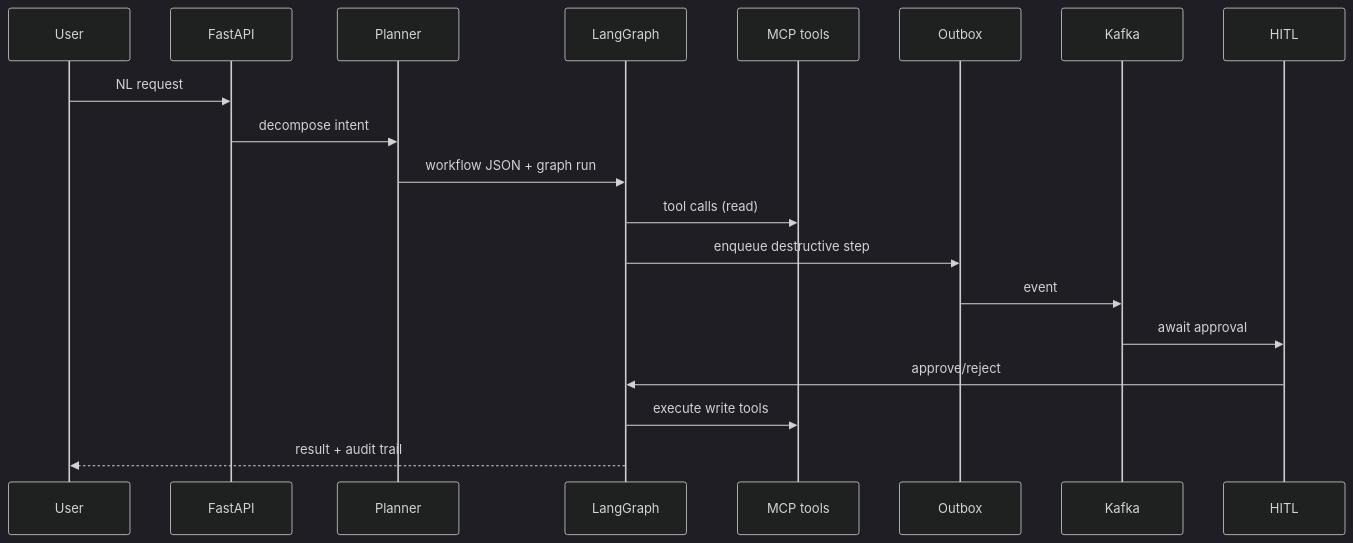
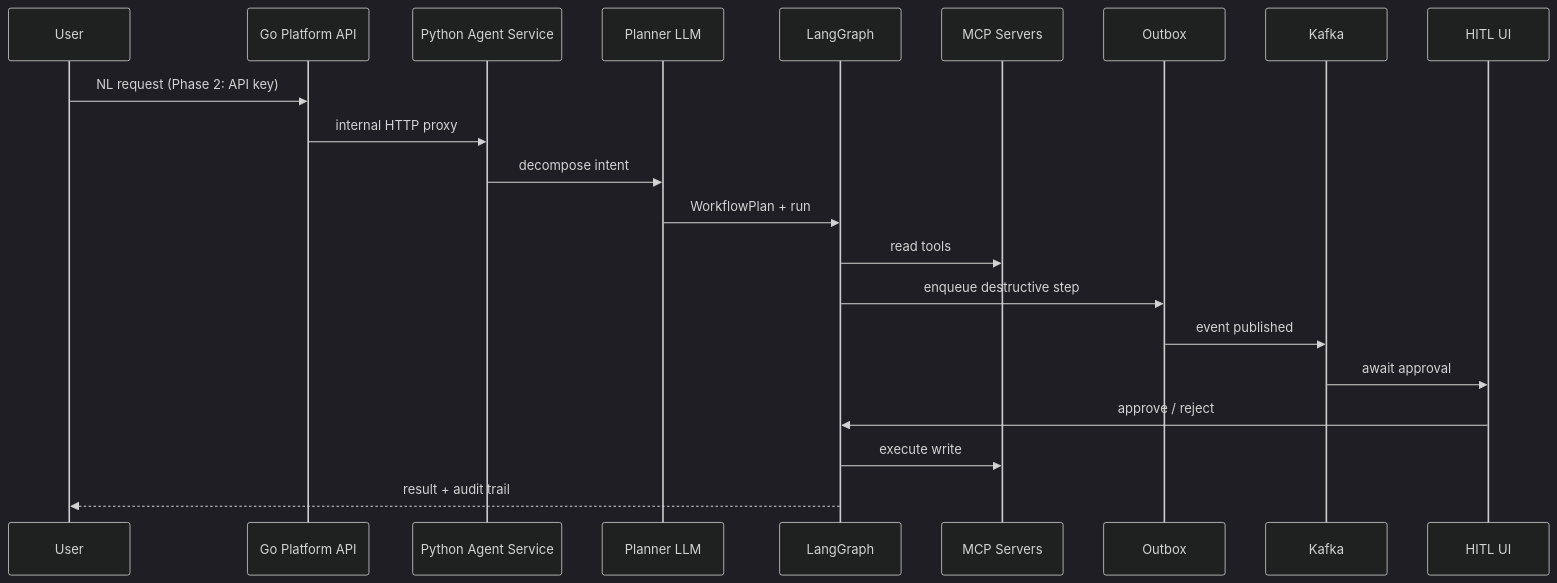
Before and after one commit to codevoks/Learning: the first of 2 diagrams in AI/AI Development/modules/11-project-agentic-workflow/MODULE.md, drawn with Mermaid (dark theme). The commit also changed other lines of this file and 32 other files, not shown here.

````diff
--- a/AI/AI Development/modules/11-project-agentic-workflow/MODULE.md
+++ b/AI/AI Development/modules/11-project-agentic-workflow/MODULE.md
@@ -85,21 +194,23 @@
 ```mermaid
 sequenceDiagram
     participant U as User
-    participant API as FastAPI
-    participant P as Planner
+    participant Go as Go Platform API
+    participant Py as Python Agent Service
+    participant P as Planner LLM
     participant G as LangGraph
-    participant M as MCP tools
+    participant M as MCP Servers
     participant O as Outbox
     participant K as Kafka
-    participant H as HITL
-    U->>API: NL request
-    API->>P: decompose intent
-    P->>G: workflow JSON + graph run
-    G->>M: tool calls (read)
+    participant H as HITL UI
+    U->>Go: NL request (Phase 2: API key)
+    Go->>Py: internal HTTP proxy
+    Py->>P: decompose intent
+    P->>G: WorkflowPlan + run
+    G->>M: read tools
     G->>O: enqueue destructive step
-    O->>K: event
+    O->>K: event published
     K->>H: await approval
-    H->>G: approve/reject
-    G->>M: execute write tools
+    H->>G: approve / reject
+    G->>M: execute write
     G-->>U: result + audit trail
 ```
````
